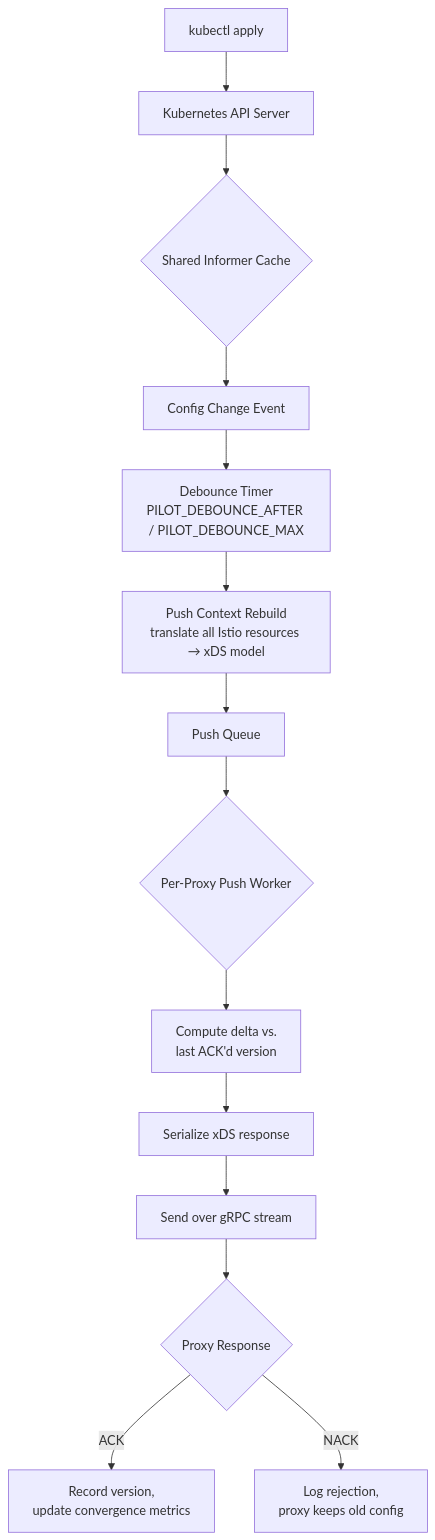
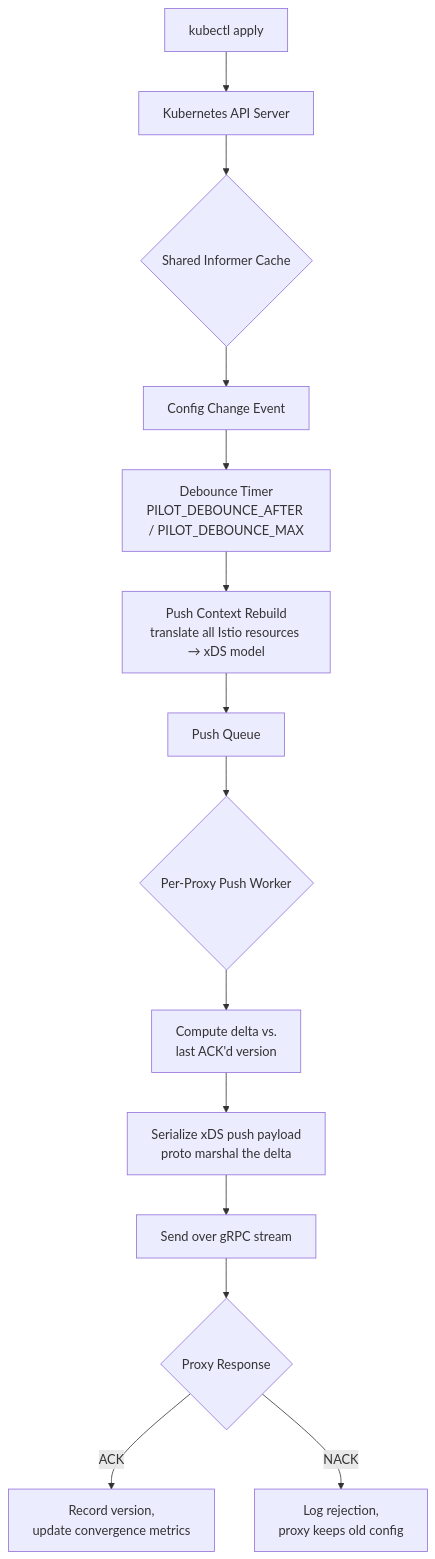
The diagram in content/blog/istiod-xds-configuration-management.md (nirvanagit/servicemeshblog), drawn with Mermaid before and after one commit. The commit also changed other lines of this file, not shown here.

Commit message:
fix: clarify serialization step naming in xDS pipeline diagram
Rename 'Serialize xDS response' to 'Serialize xDS push payload' in the
Mermaid diagram and add a note explaining that DiscoveryResponse is a
legacy protocol name — in istiod's push model this is an outgoing push,
not a reply to a proxy request.

````diff
--- a/content/blog/istiod-xds-configuration-management.md
+++ b/content/blog/istiod-xds-configuration-management.md
@@ -42,16 +42,16 @@
 ```mermaid
 graph TD
     A[kubectl apply] --> B[Kubernetes API Server]
     B --> C{Shared Informer Cache}
     C --> D[Config Change Event]
     D --> E[Debounce Timer<br/>PILOT_DEBOUNCE_AFTER / PILOT_DEBOUNCE_MAX]
     E --> F[Push Context Rebuild<br/>translate all Istio resources → xDS model]
     F --> G[Push Queue]
     G --> H{Per-Proxy Push Worker}
     H --> I[Compute delta vs.<br/>last ACK'd version]
-    I --> J[Serialize xDS response]
+    I --> J[Serialize xDS push payload<br/>proto marshal the delta]
     J --> K[Send over gRPC stream]
     K --> L{Proxy Response}
     L -->|ACK| M[Record version,<br/>update convergence metrics]
     L -->|NACK| N[Log rejection,<br/>proxy keeps old config]
 ```
````
